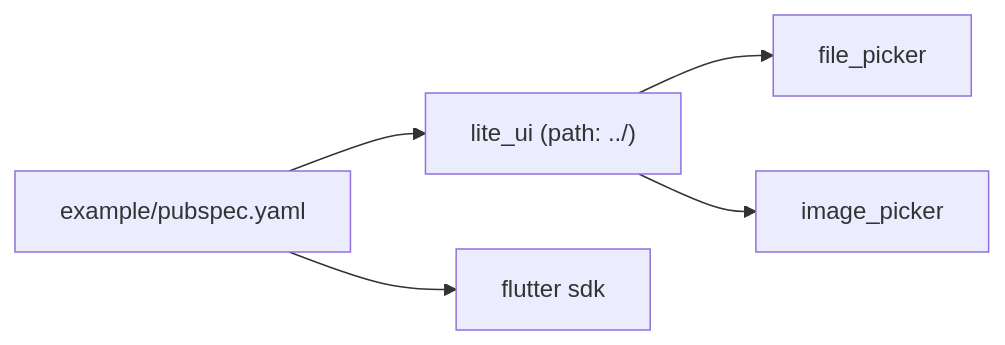
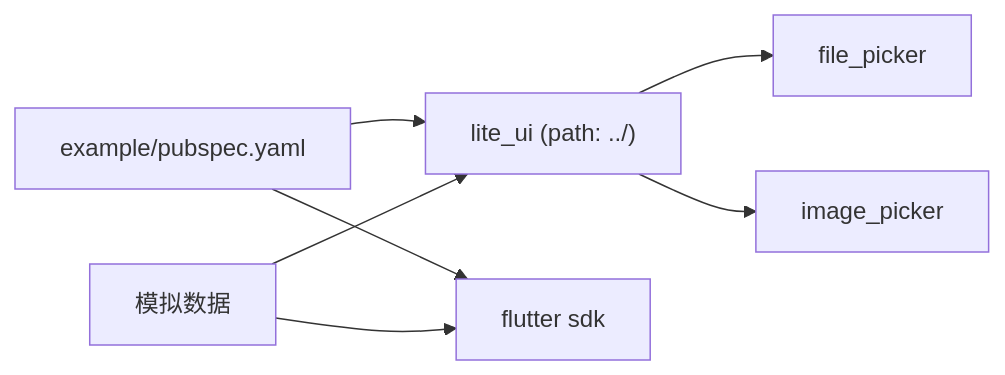
One commit to yuzhido/lite-ui changed the tenth of 10 diagrams in .qoder/repowiki/zh/content/示例演示.md. Above: the diagram before and after it, drawn with Mermaid. The commit also changed other lines of this file and 7 other files, not shown here.

````diff
--- a/.qoder/repowiki/zh/content/示例演示.md
+++ b/.qoder/repowiki/zh/content/示例演示.md
@@ -304,7 +475,9 @@
 ```mermaid
 graph LR
 Example["example/pubspec.yaml"] --> LiteUI["lite_ui (path: ../)"]
 LiteUI --> FP["file_picker"]
 LiteUI --> IP["image_picker"]
 Example --> FlutterSDK["flutter sdk"]
+MockData["模拟数据"] --> LiteUI
+MockData --> FlutterSDK
 ```
````
